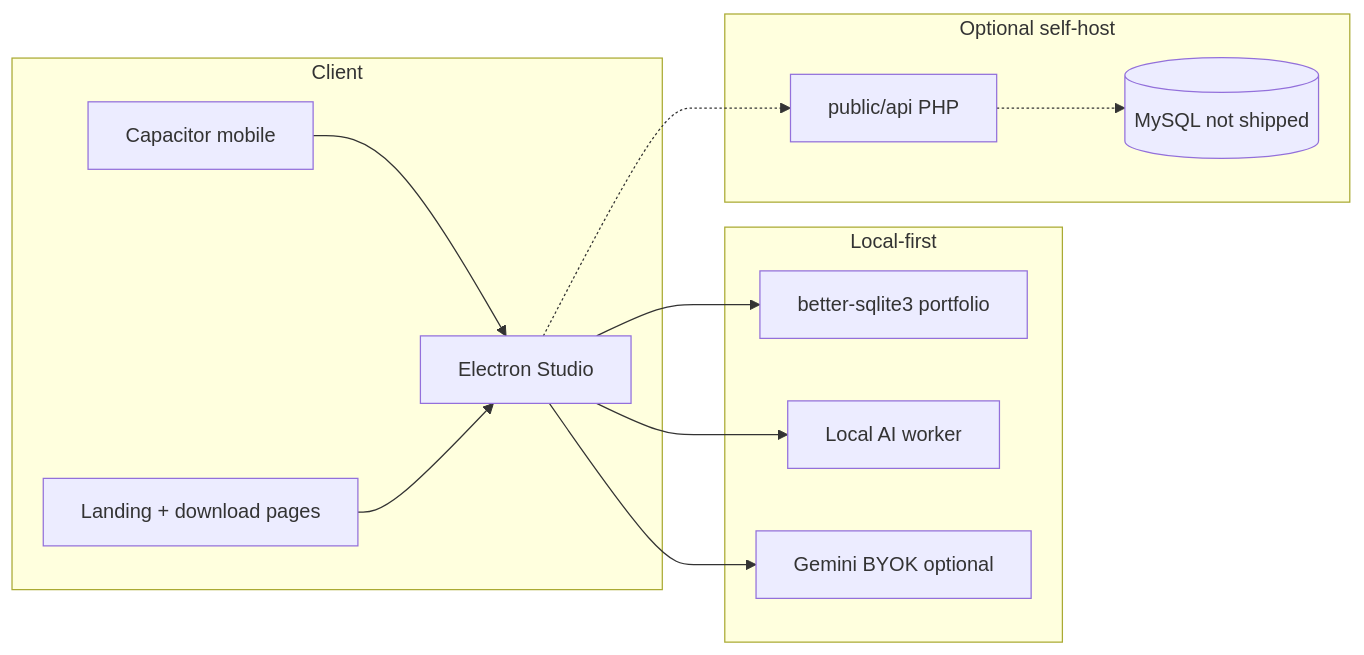
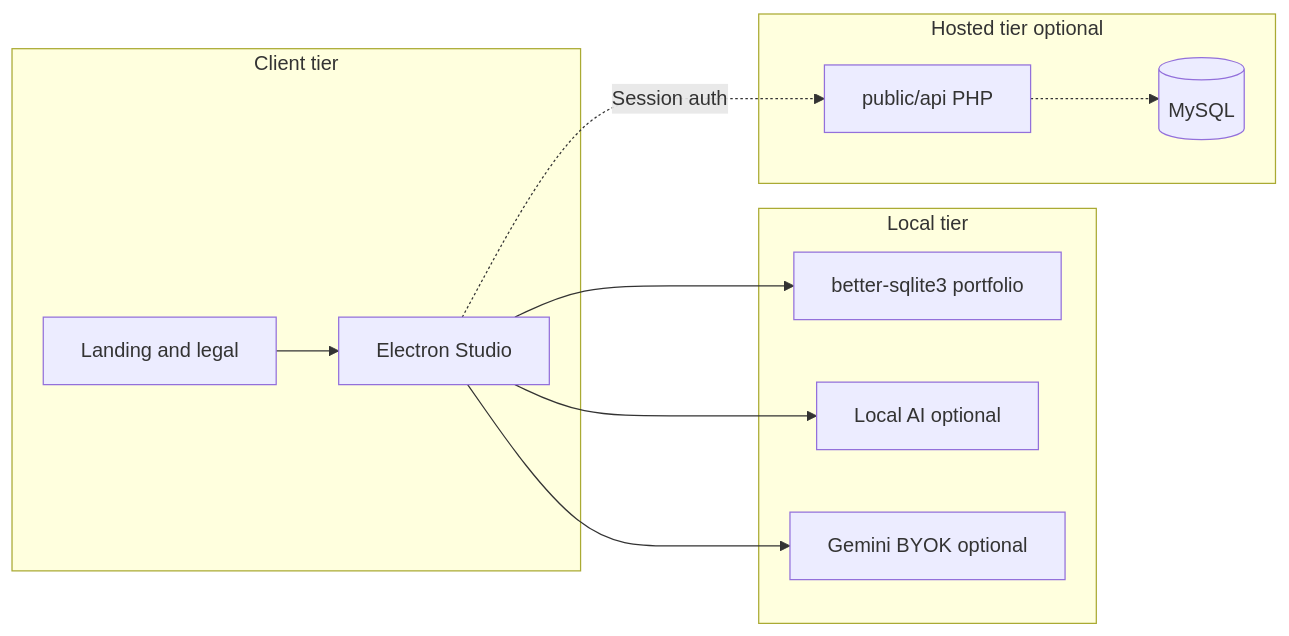
The second of 4 diagrams in README.md (GatoGodMode/RawGraded), drawn with Mermaid before and after one commit. The commit also changed other lines of this file and 14 other files, not shown here.

````diff
--- a/README.md
+++ b/README.md
@@ -44,24 +94,22 @@
 ```mermaid
 flowchart LR
-  subgraph client [Client]
+  subgraph client [Client tier]
     Desktop[Electron Studio]
-    Mobile[Capacitor mobile]
-    Web[Landing + download pages]
+    Web[Landing and legal]
   end
-  subgraph local [Local-first]
+  subgraph local [Local tier]
     SQLite[better-sqlite3 portfolio]
-    Ollama[Local AI worker]
+    Ollama[Local AI optional]
     BYOK[Gemini BYOK optional]
   end
-  subgraph hosted [Optional self-host]
+  subgraph hosted [Hosted tier optional]
     PHP[public/api PHP]
-    MySQL[(MySQL not shipped)]
+    MySQL[(MySQL)]
   end
   Desktop --> SQLite
   Desktop --> Ollama
   Desktop --> BYOK
-  Mobile --> Desktop
   Web --> Desktop
-  Desktop -.-> PHP
+  Desktop -.->|Session auth| PHP
   PHP -.-> MySQL
 ```
````
